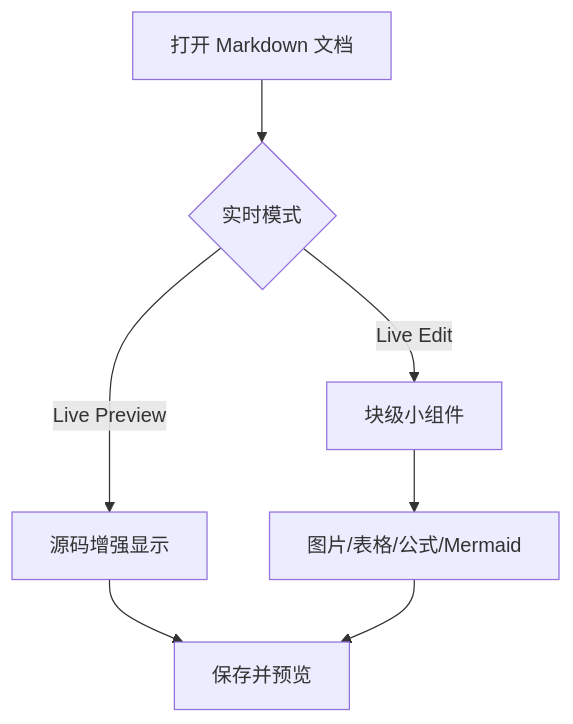
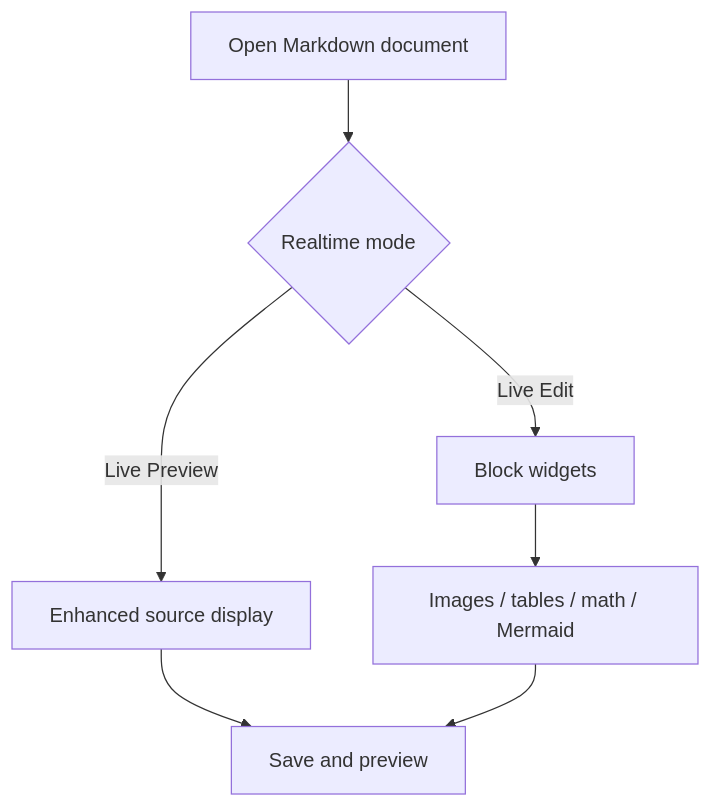
One commit to ofekisr/solomd-rtl changed the first of 2 diagrams in docs/fixtures/markdown-support-test.md. Above: the diagram before and after it, drawn with Mermaid. The commit also changed other lines of this file and 2 other files, not shown here.

First line of the commit message:
docs(fixtures): finish English markdown-support test, drop Chinese-specific cases

````diff
--- a/docs/fixtures/markdown-support-test.md
+++ b/docs/fixtures/markdown-support-test.md
@@ -189,9 +163,9 @@
 ```mermaid
 flowchart TD
-  A[打开 Markdown 文档] --> B{实时模式}
-  B -->|Live Preview| C[源码增强显示]
-  B -->|Live Edit| D[块级小组件]
-  D --> E[图片/表格/公式/Mermaid]
-  C --> F[保存并预览]
+  A[Open Markdown document] --> B{Realtime mode}
+  B -->|Live Preview| C[Enhanced source display]
+  B -->|Live Edit| D[Block widgets]
+  D --> E[Images / tables / math / Mermaid]
+  C --> F[Save and preview]
   E --> F
 ```
````
